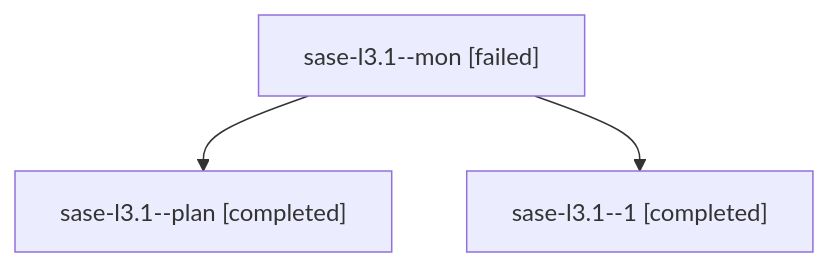
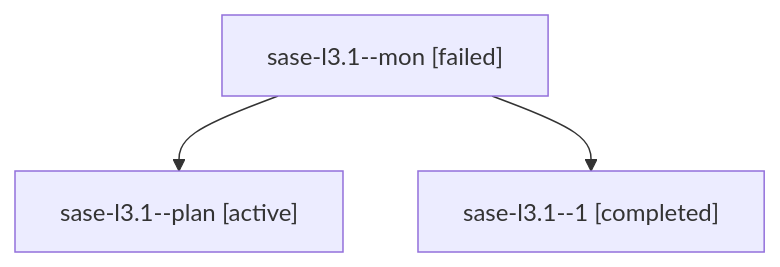
One commit to sase-org/sase--agents changed the diagram in families/bbugyi200.athena.sase-l3.1.md. Above: the diagram before and after it, drawn with Mermaid. The commit also changed other lines of this file and 35830 other files, not shown here.

````diff
--- a/families/bbugyi200.athena.sase-l3.1.md
+++ b/families/bbugyi200.athena.sase-l3.1.md
@@ -9,8 +9,8 @@
 ```mermaid
 flowchart TD
   n0["sase-l3.1--mon [failed]"]
-  n1["sase-l3.1--plan [completed]"]
+  n1["sase-l3.1--plan [active]"]
   n0 --> n1
   n2["sase-l3.1--1 [completed]"]
   n0 --> n2
 ```
````
